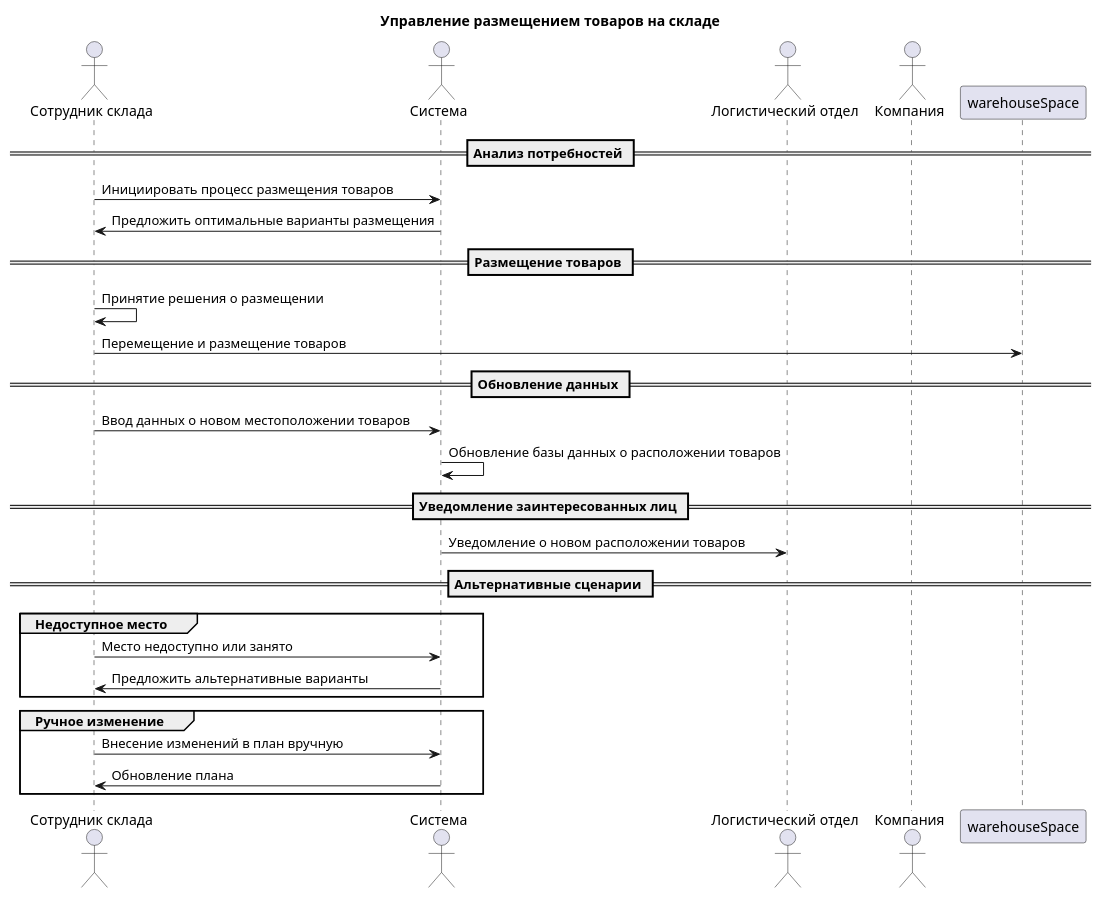
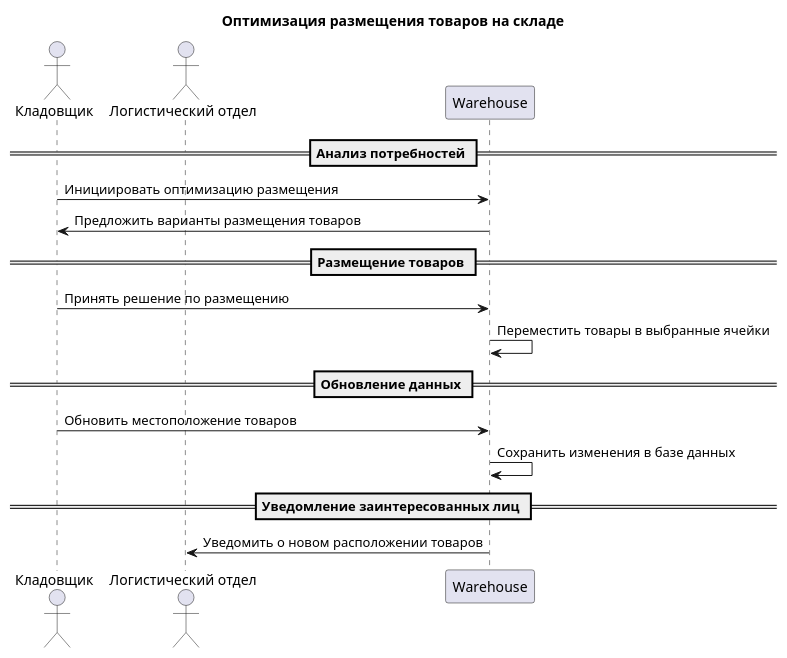
One commit to penamarth/bsbo-14-22_team5_var6 changed the diagram in Precedents/Оптимизация размещений/Диаграмма последовательности.md. Above: the diagram before and after it, drawn with PlantUML. The commit also changed 9 other files, not shown here.

```diff
--- a/Precedents/Оптимизация размещений/Диаграмма последовательности.md
+++ b/Precedents/Оптимизация размещений/Диаграмма последовательности.md
@@ -1,35 +1,22 @@
 @startuml
-actor "Сотрудник склада" as warehouseEmployee
-actor "Система" as system
+actor "Кладовщик" as warehouse
 actor "Логистический отдел" as logistics
-actor "Компания" as company
 
-title Управление размещением товаров на складе
+title Оптимизация размещения товаров на складе
 
-== Анализ потребностей ==
-warehouseEmployee -> system: Инициировать процесс размещения товаров
-system -> warehouseEmployee: Предложить оптимальные варианты размещения
+== Анализ потребностей ==  
+warehouse -> Warehouse : Инициировать оптимизацию размещения
+Warehouse -> warehouse : Предложить варианты размещения товаров
 
-== Размещение товаров ==
-warehouseEmployee -> warehouseEmployee: Принятие решения о размещении
-warehouseEmployee -> warehouseSpace: Перемещение и размещение товаров
+== Размещение товаров ==  
+warehouse -> Warehouse : Принять решение по размещению
+Warehouse -> Warehouse : Переместить товары в выбранные ячейки
 
-== Обновление данных ==
-warehouseEmployee -> system: Ввод данных о новом местоположении товаров
-system -> system: Обновление базы данных о расположении товаров
+== Обновление данных ==  
+warehouse -> Warehouse : Обновить местоположение товаров
+Warehouse -> Warehouse : Сохранить изменения в базе данных
 
-== Уведомление заинтересованных лиц ==
-system -> logistics: Уведомление о новом расположении товаров
-
-== Альтернативные сценарии ==
-group Недоступное место
-    warehouseEmployee -> system: Место недоступно или занято
-    system -> warehouseEmployee: Предложить альтернативные варианты
-end
-
-group Ручное изменение
-    warehouseEmployee -> system: Внесение изменений в план вручную
-    system -> warehouseEmployee: Обновление плана
-end
+== Уведомление заинтересованных лиц ==  
+Warehouse -> logistics : Уведомить о новом расположении товаров
 
 @enduml
```
